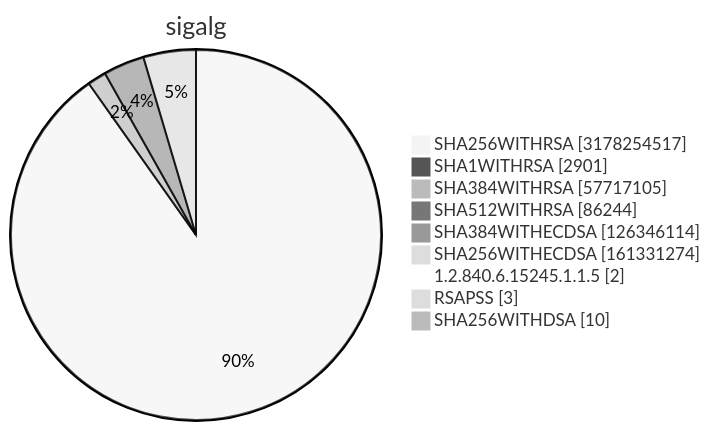
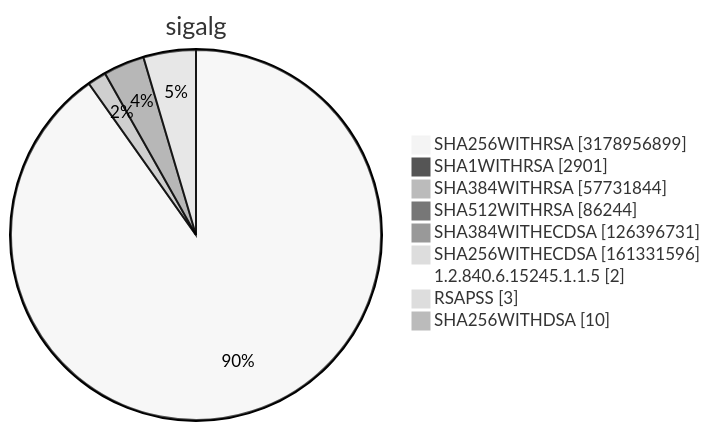
Before and after one commit to christiankrug/ctmonitor_visualization: diagram 15 of 15 in TOTAL/README.md, drawn with Mermaid (neutral theme). The commit also changed other lines of this file, not shown here.

````diff
--- a/TOTAL/README.md
+++ b/TOTAL/README.md
@@ -6215,13 +6215,13 @@
 ```mermaid
 pie showData
 title sigalg
-"SHA256WITHRSA" :3178254517
+"SHA256WITHRSA" :3178956899
 "SHA1WITHRSA" :2901
-"SHA384WITHRSA" :57717105
+"SHA384WITHRSA" :57731844
 "SHA512WITHRSA" :86244
-"SHA384WITHECDSA" :126346114
-"SHA256WITHECDSA" :161331274
+"SHA384WITHECDSA" :126396731
+"SHA256WITHECDSA" :161331596
 "1.2.840.6.15245.1.1.5" :2
 "RSAPSS" :3
 "SHA256WITHDSA" :10
 ```
````
